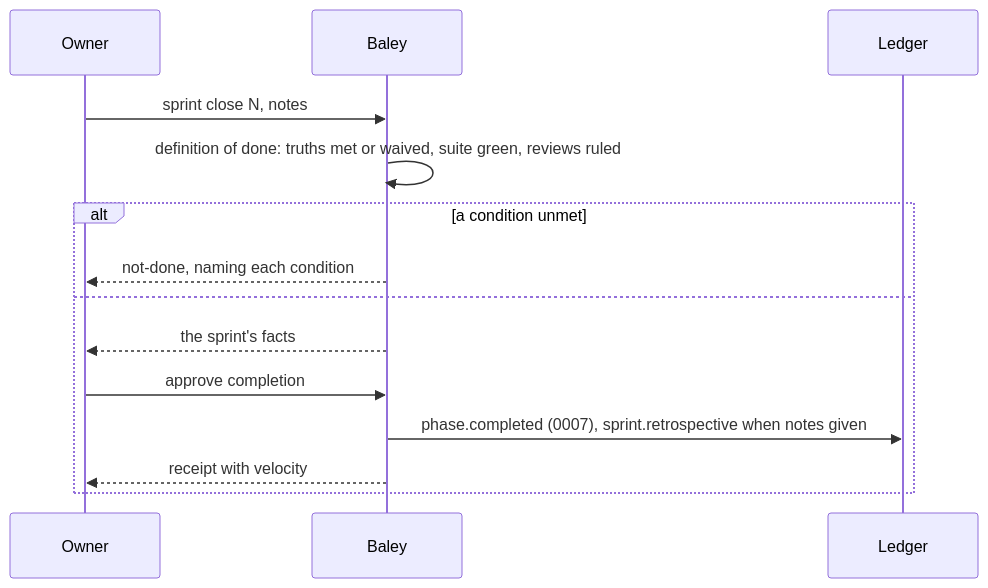
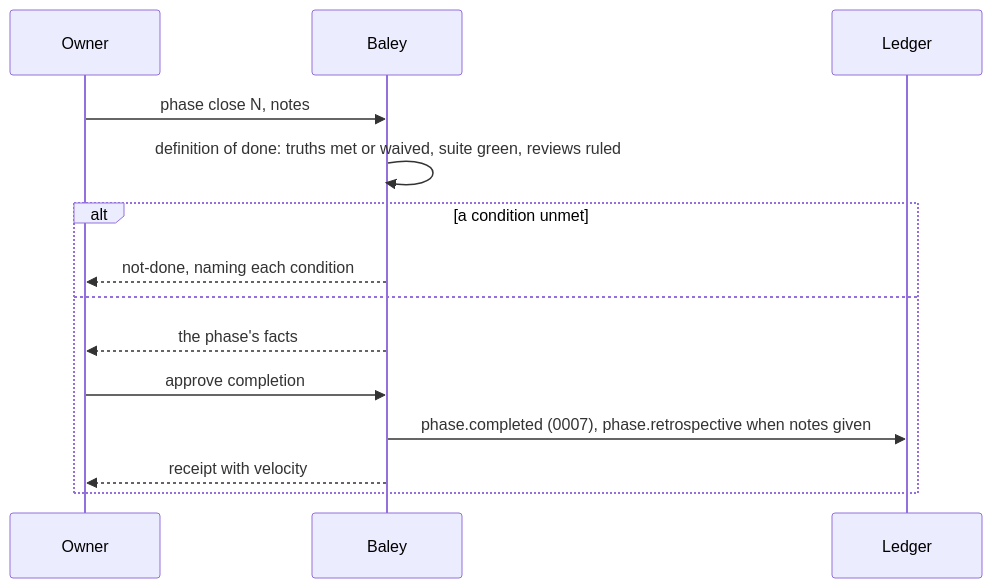
One commit to crenshawdev/baley changed the seventh of 8 diagrams in docs/design/0005-context-plans-and-acceptance.md. Above: the diagram before and after it, drawn with Mermaid. The commit also changed other lines of this file and 21 other files, not shown here.

````diff
--- a/docs/design/0005-context-plans-and-acceptance.md
+++ b/docs/design/0005-context-plans-and-acceptance.md
@@ -336,16 +476,16 @@
 ```mermaid
 sequenceDiagram
   participant O as Owner
   participant B as Baley
   participant L as Ledger
-  O->>B: sprint close N, notes
+  O->>B: phase close N, notes
   B->>B: definition of done: truths met or waived, suite green, reviews ruled
   alt a condition unmet
     B-->>O: not-done, naming each condition
   else
-    B-->>O: the sprint's facts
+    B-->>O: the phase's facts
     O->>B: approve completion
-    B->>L: phase.completed (0007), sprint.retrospective when notes given
+    B->>L: phase.completed (0007), phase.retrospective when notes given
     B-->>O: receipt with velocity
   end
 ```
````
